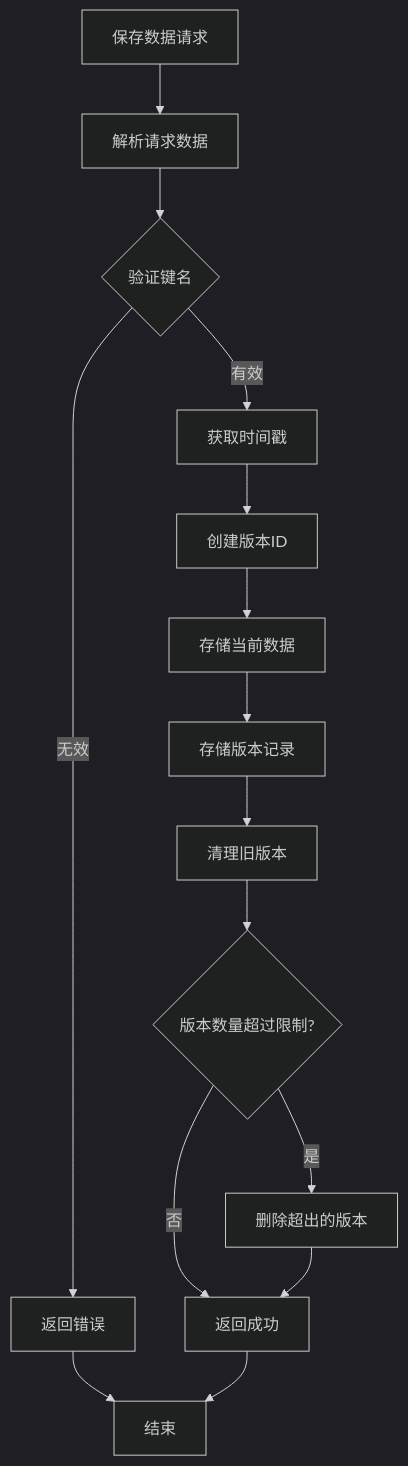
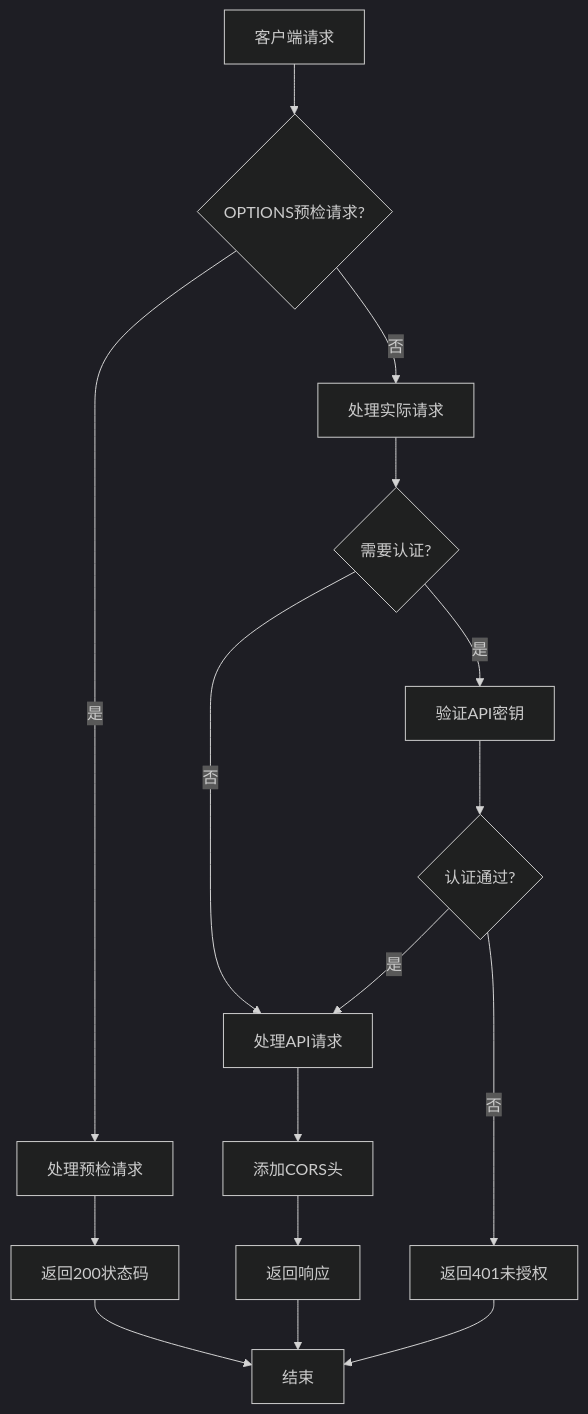
One commit to steveyu2/formula-mapper changed the ninth of 13 diagrams in .qoder/repowiki/zh/content/用户指南/数据管理/云存储系统.md. Above: the diagram before and after it, drawn with Mermaid (dark theme). The commit also changed other lines of this file and 7 other files, not shown here.

````diff
--- a/.qoder/repowiki/zh/content/用户指南/数据管理/云存储系统.md
+++ b/.qoder/repowiki/zh/content/用户指南/数据管理/云存储系统.md
@@ -454,17 +482,18 @@
 ```mermaid
 flowchart TD
-SaveData[保存数据请求] --> ParseData[解析请求数据]
-ParseData --> ValidateKey{验证键名}
-ValidateKey --> |无效| ReturnError[返回错误]
-ValidateKey --> |有效| GetTimestamp[获取时间戳]
-GetTimestamp --> CreateVersion[创建版本ID]
-CreateVersion --> StoreCurrent[存储当前数据]
-StoreCurrent --> StoreVersion[存储版本记录]
-StoreVersion --> CleanupOld[清理旧版本]
-CleanupOld --> CheckCount{版本数量超过限制?}
-CheckCount --> |否| ReturnSuccess[返回成功]
-CheckCount --> |是| DeleteExcess[删除超出的版本]
-DeleteExcess --> ReturnSuccess
-ReturnError --> End[结束]
-ReturnSuccess --> End
+Request[客户端请求] --> Preflight{OPTIONS预检请求?}
+Preflight --> |是| HandlePreflight[处理预检请求]
+HandlePreflight --> Return200[返回200状态码]
+Return200 --> End[结束]
+Preflight --> |否| ProcessRequest[处理实际请求]
+ProcessRequest --> CheckAuth{需要认证?}
+CheckAuth --> |是| ValidateAuth[验证API密钥]
+CheckAuth --> |否| ProcessAPI[处理API请求]
+ValidateAuth --> AuthValid{认证通过?}
+AuthValid --> |是| ProcessAPI
+AuthValid --> |否| Return401[返回401未授权]
+ProcessAPI --> AddCORS[添加CORS头]
+AddCORS --> ReturnResponse[返回响应]
+ReturnResponse --> End
+Return401 --> End
 ```
````
